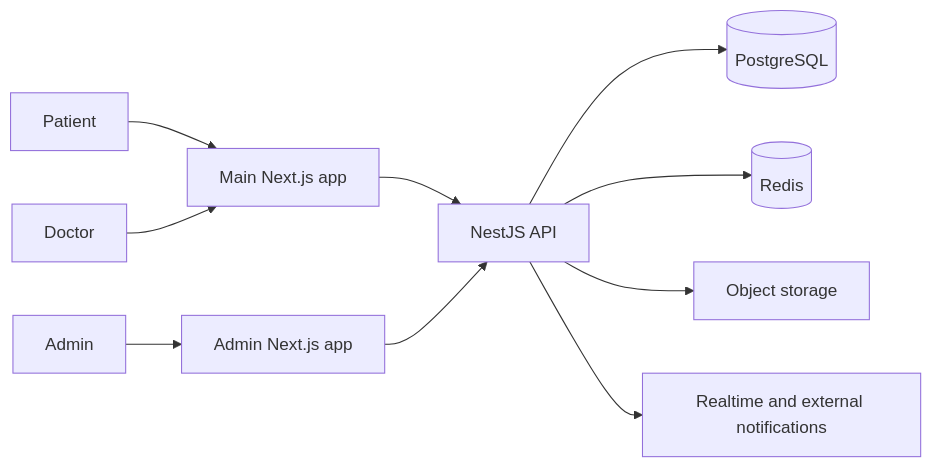
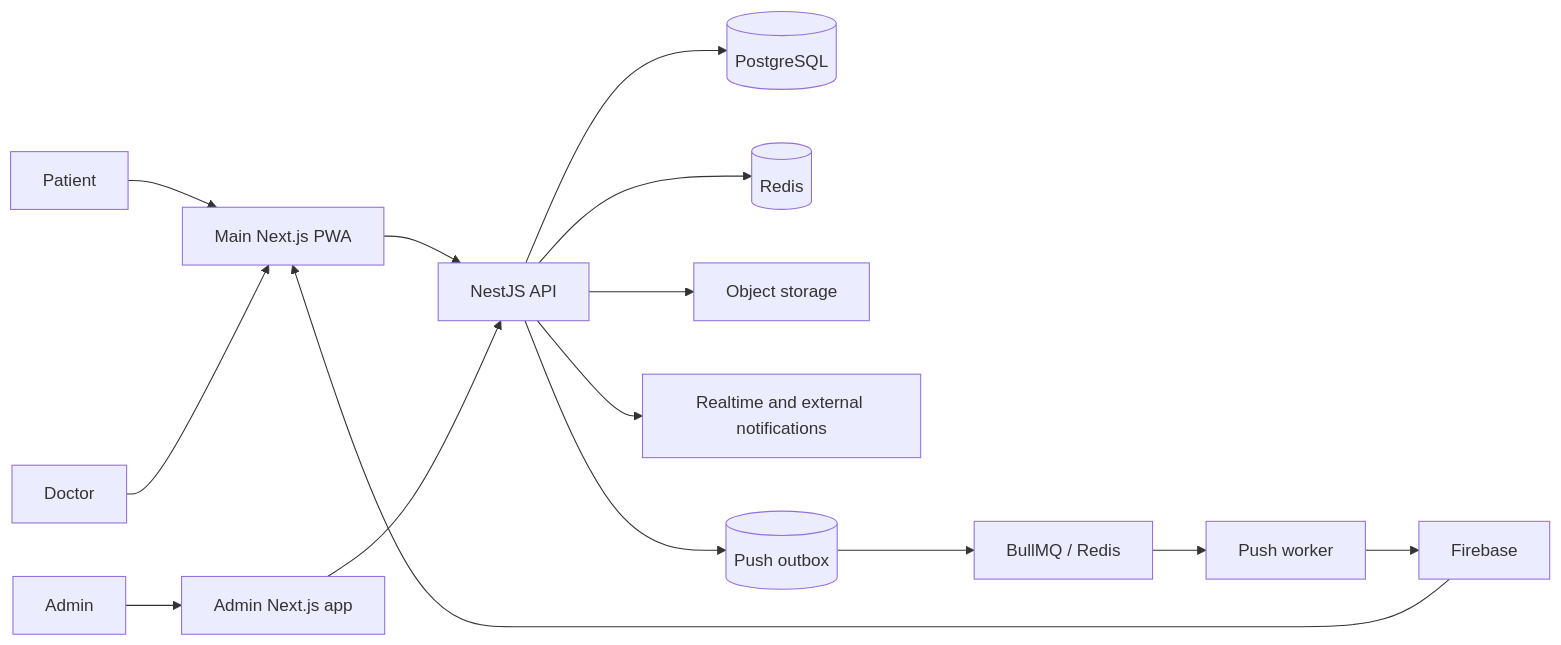
The diagram in docs/case-studies/README.md (RaysAndreyRU/rehub-showcase), drawn with Mermaid before and after one commit. The commit also changed other lines of this file and 6 other files, not shown here.

Commit message:
docs(architecture): add push and PWA case studies

````diff
--- a/docs/case-studies/README.md
+++ b/docs/case-studies/README.md
@@ -7,12 +7,17 @@
 ```mermaid
 flowchart LR
-    Patient --> MainWeb[Main Next.js app]
+    Patient --> MainWeb[Main Next.js PWA]
     Doctor --> MainWeb
     Admin --> AdminWeb[Admin Next.js app]
     MainWeb --> API[NestJS API]
     AdminWeb --> API
     API --> DB[(PostgreSQL)]
     API --> Redis[(Redis)]
     API --> Files[Object storage]
     API --> Notify[Realtime and external notifications]
+    API --> Outbox[(Push outbox)]
+    Outbox --> Queue[BullMQ / Redis]
+    Queue --> Worker[Push worker]
+    Worker --> FCM[Firebase]
+    FCM --> MainWeb
 ```
````
